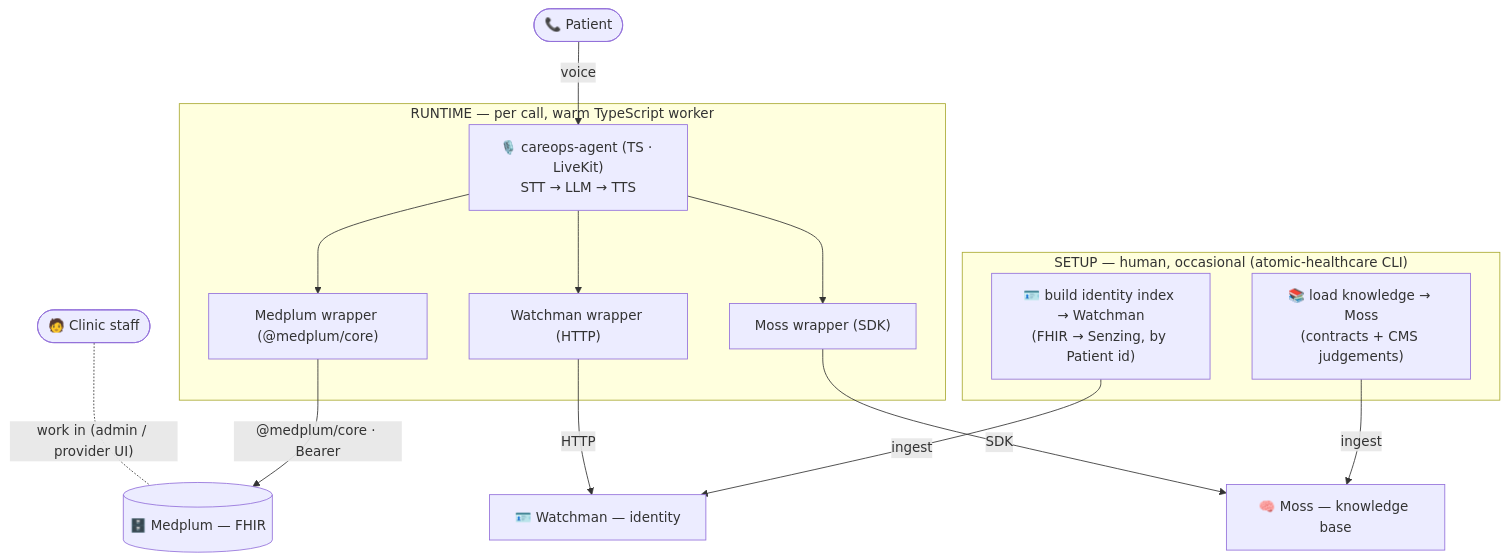
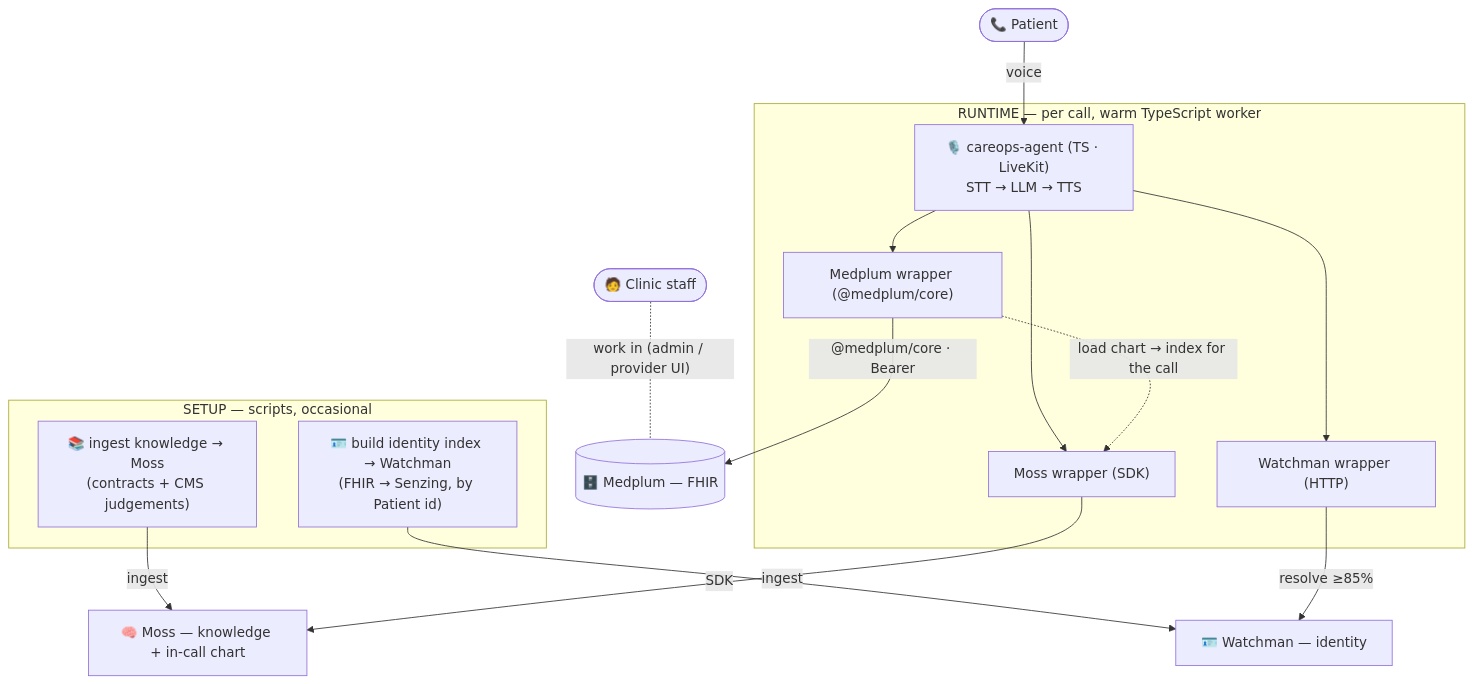
One commit to alvera-ai/atomic-healthcare changed the fourth of 4 diagrams in README.md. Above: the diagram before and after it, drawn with Mermaid. The commit also changed other lines of this file and 2 other files, not shown here.

First line of the commit message:
docs: recalibrate architecture to TypeScript in-process wrappers

````diff
--- a/README.md
+++ b/README.md
@@ -74,32 +73,33 @@
 ```mermaid
 flowchart TB
   Caller(["📞 Patient"])
   Staff(["🧑 Clinic staff"])
 
-  subgraph Setup["SETUP — human, occasional (atomic-healthcare CLI)"]
-    Know["📚 load knowledge → Moss<br/>(contracts + CMS judgements)"]
+  subgraph Setup["SETUP — scripts, occasional"]
+    Know["📚 ingest knowledge → Moss<br/>(contracts + CMS judgements)"]
     Ident["🪪 build identity index → Watchman<br/>(FHIR → Senzing, by Patient id)"]
   end
 
   subgraph Runtime["RUNTIME — per call, warm TypeScript worker"]
     AG["🎙️ careops-agent (TS · LiveKit)<br/>STT → LLM → TTS"]
     MEDW["Medplum wrapper (@medplum/core)"]
     WMW["Watchman wrapper (HTTP)"]
     MOSSW["Moss wrapper (SDK)"]
     AG --> MEDW
     AG --> WMW
     AG --> MOSSW
   end
 
   Med[("🗄️ Medplum — FHIR")]
   WM["🪪 Watchman — identity"]
-  Moss["🧠 Moss — knowledge base"]
+  Moss["🧠 Moss — knowledge + in-call chart"]
 
   Know -- ingest --> Moss
   Ident -- ingest --> WM
   Caller -- voice --> AG
+  WMW -- "resolve ≥85%" --> WM
   MEDW -- "@medplum/core · Bearer" --> Med
-  WMW -- "HTTP" --> WM
+  MEDW -. "load chart → index for the call" .-> MOSSW
   MOSSW -- "SDK" --> Moss
   Staff -. work in (admin / provider UI) .- Med
 ```
````
